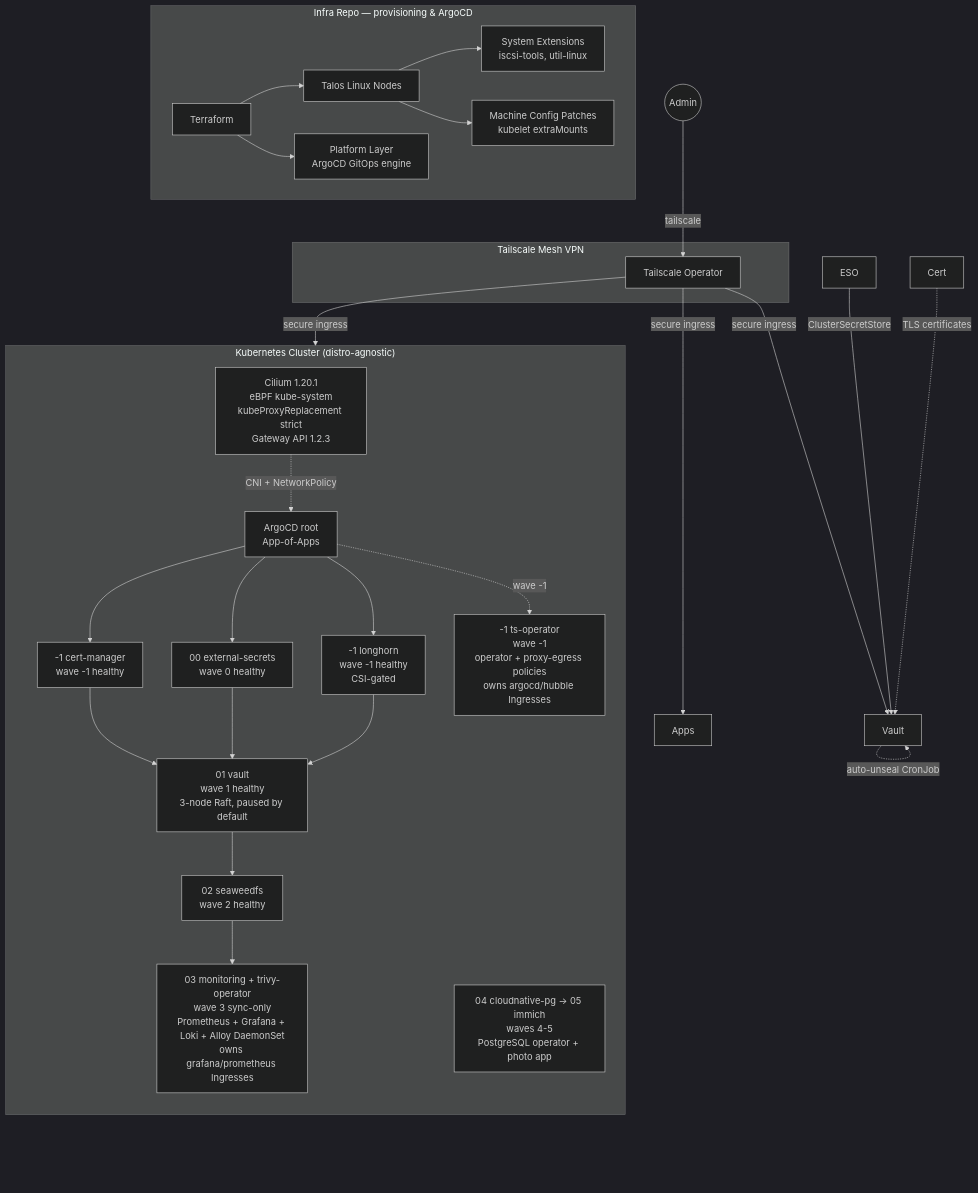
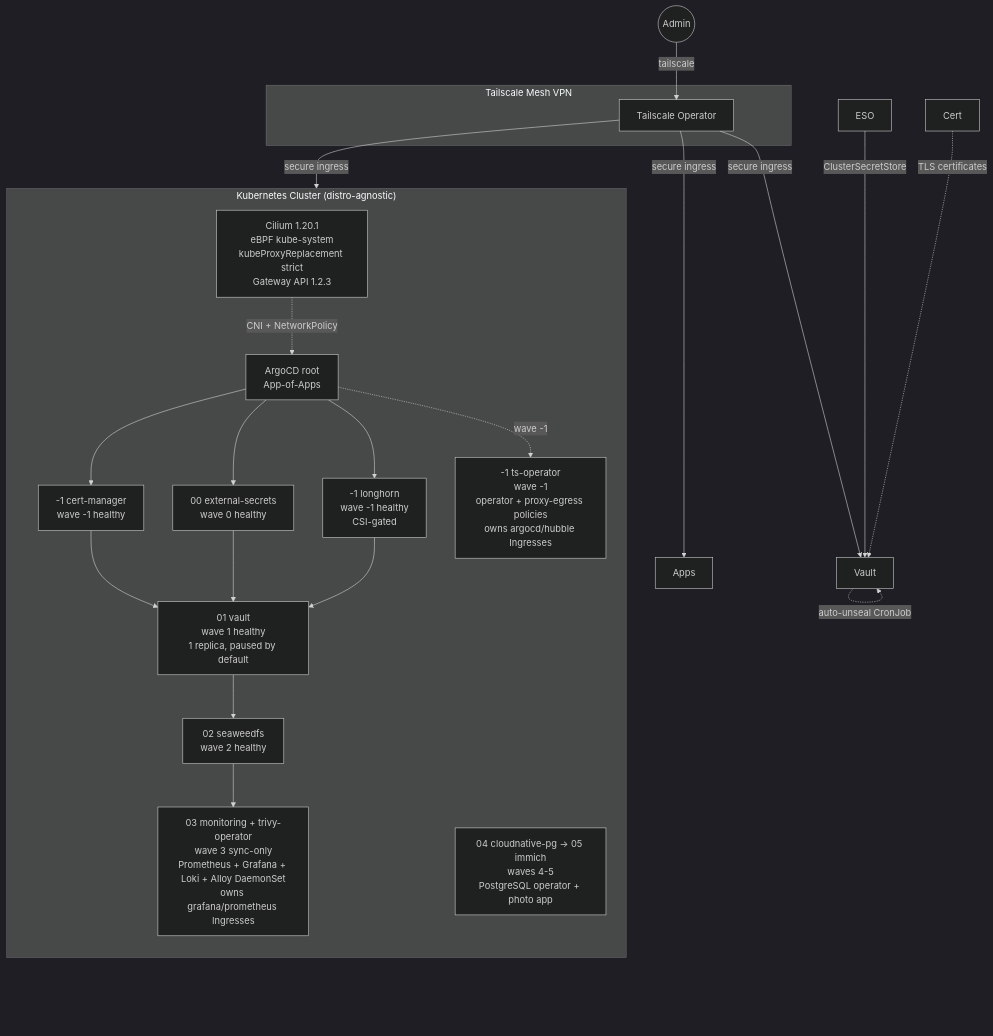
One commit to Seom88/gitops-platform changed the diagram in README.md. Above: the diagram before and after it, drawn with Mermaid (dark theme). The commit also changed other lines of this file and 15 other files, not shown here.

First line of the commit message:
docs: Update roadmap with v1.0.0 status and blockers; add restore verification document

````diff
--- a/README.md
+++ b/README.md
@@ -77,48 +73,36 @@
 ```mermaid
 graph TD
-    subgraph "Infra Repo — provisioning & ArgoCD"
-        TF[Terraform]
-        TALOS[Talos Linux Nodes]
-        EXT[System Extensions<br/>iscsi-tools, util-linux]
-        PATCH[Machine Config Patches<br/>kubelet extraMounts]
-        PLATFORM[Platform Layer<br/>ArgoCD GitOps engine]
-        TF --> TALOS
-        TALOS --> EXT
-        TALOS --> PATCH
-        TF --> PLATFORM
-    end
-
     subgraph "Tailscale Mesh VPN"
         TS[Tailscale Operator]
     end
 
     subgraph "Kubernetes Cluster (distro-agnostic)"
         direction TB
         CILIUM[Cilium 1.20.1<br/>eBPF kube-system<br/>kubeProxyReplacement strict<br/>Gateway API 1.2.3]
         ROOT[ArgoCD root<br/>App-of-Apps]
         W0A[-1 cert-manager<br/>wave -1 healthy]
         W0B[00 external-secrets<br/>wave 0 healthy]
         W0C[-1 longhorn<br/>wave -1 healthy<br/>CSI-gated]
-        W1[01 vault<br/>wave 1 healthy<br/>3-node Raft, paused by default]
+        W1[01 vault<br/>wave 1 healthy<br/>1 replica, paused by default]
         W2[02 seaweedfs<br/>wave 2 healthy]
         W3[03 monitoring + trivy-operator<br/>wave 3 sync-only<br/>Prometheus + Grafana + Loki + Alloy DaemonSet<br/>owns grafana/prometheus Ingresses]
         W4[04 cloudnative-pg → 05 immich<br/>waves 4-5<br/>PostgreSQL operator + photo app]
         WOP[-1 ts-operator<br/>wave -1<br/>operator + proxy-egress policies<br/>owns argocd/hubble Ingresses]
 
         CILIUM -.->|CNI + NetworkPolicy| ROOT
         ROOT --> W0A & W0B & W0C
         W0A & W0B & W0C --> W1
         W1 --> W2
         W2 --> W3
         ROOT -.->|wave -1| WOP
     end
 
     User((Admin)) -->|tailscale| TS
     TS -->|secure ingress| ROOT
     TS -->|secure ingress| Vault
     TS -->|secure ingress| Apps
 
     ESO -->|ClusterSecretStore| Vault
     Vault -.->|auto-unseal CronJob| Vault
     Cert -.->|TLS certificates| Vault
 ```
````
